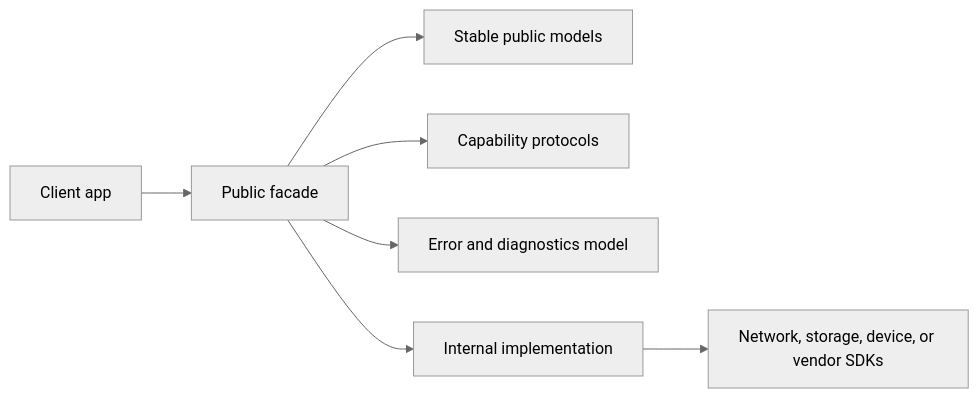
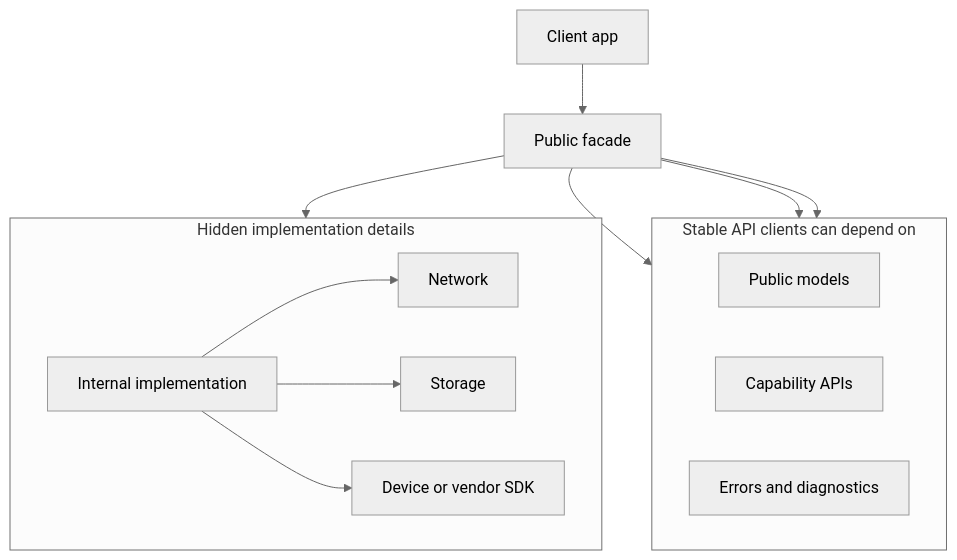
One commit to melancholygaze13/preparation-kit changed the first of 2 diagrams in docs/architecture/plugin-platform-and-sdk-architecture/sdk-api-surface-and-evolution/theory.md. Above: the diagram before and after it, drawn with Mermaid (neutral theme). The commit also changed 79 other files, not shown here.

Commit message:
docs: improve study content clarity and architecture guidance

````diff
--- a/docs/architecture/plugin-platform-and-sdk-architecture/sdk-api-surface-and-evolution/theory.md
+++ b/docs/architecture/plugin-platform-and-sdk-architecture/sdk-api-surface-and-evolution/theory.md
@@ -34,9 +34,27 @@
 ```mermaid
-flowchart LR
-    A["Client app"] --> B["Public facade"]
-    B --> C["Stable public models"]
-    B --> D["Capability protocols"]
-    B --> E["Error and diagnostics model"]
-    B --> F["Internal implementation"]
-    F --> G["Network, storage, device, or vendor SDKs"]
+flowchart TD
+    Client["Client app"] --> Facade["Public facade"]
+
+    subgraph PublicAPI["Stable API clients can depend on"]
+        direction LR
+        Models["Public models"]
+        Capabilities["Capability APIs"]
+        Errors["Errors and diagnostics"]
+    end
+
+    subgraph Internals["Hidden implementation details"]
+        direction LR
+        Internal["Internal implementation"]
+        Network["Network"]
+        Storage["Storage"]
+        Device["Device or vendor SDK"]
+    end
+
+    Facade --> Models
+    Facade --> Capabilities
+    Facade --> Errors
+    Facade --> Internal
+    Internal --> Network
+    Internal --> Storage
+    Internal --> Device
 ```
````
